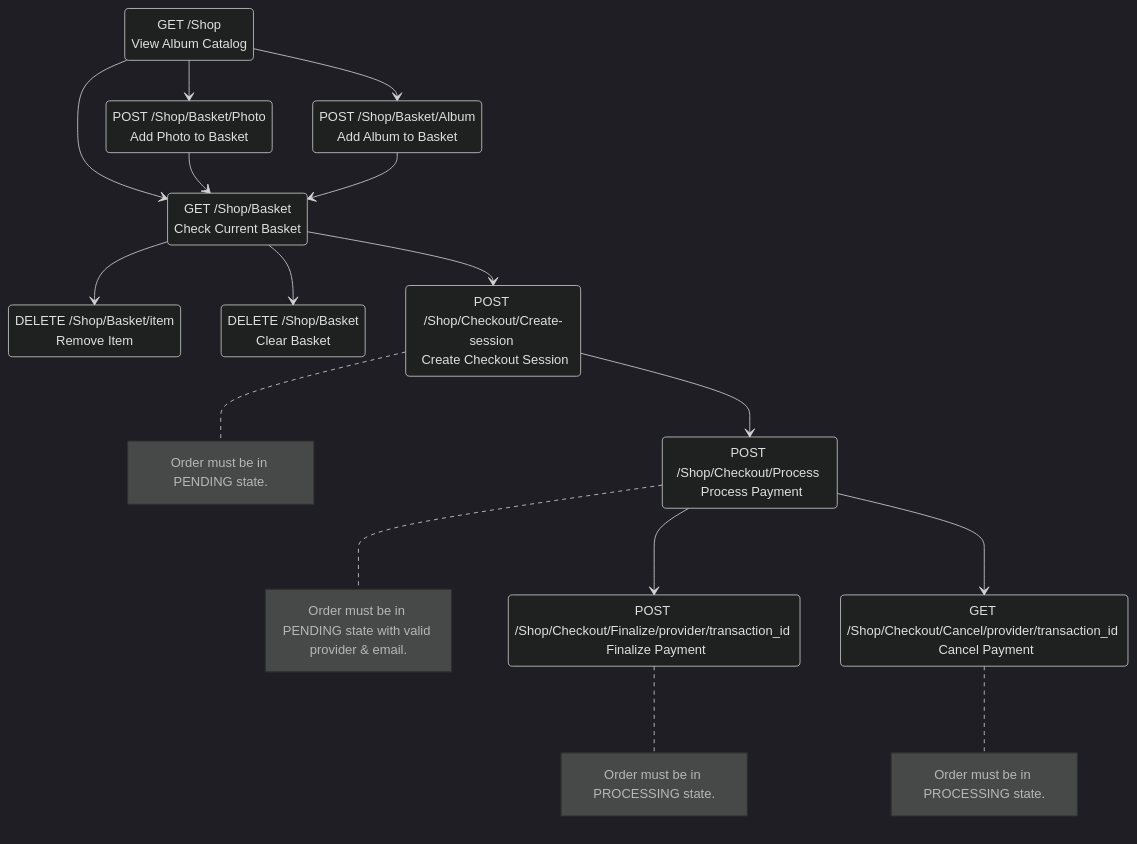
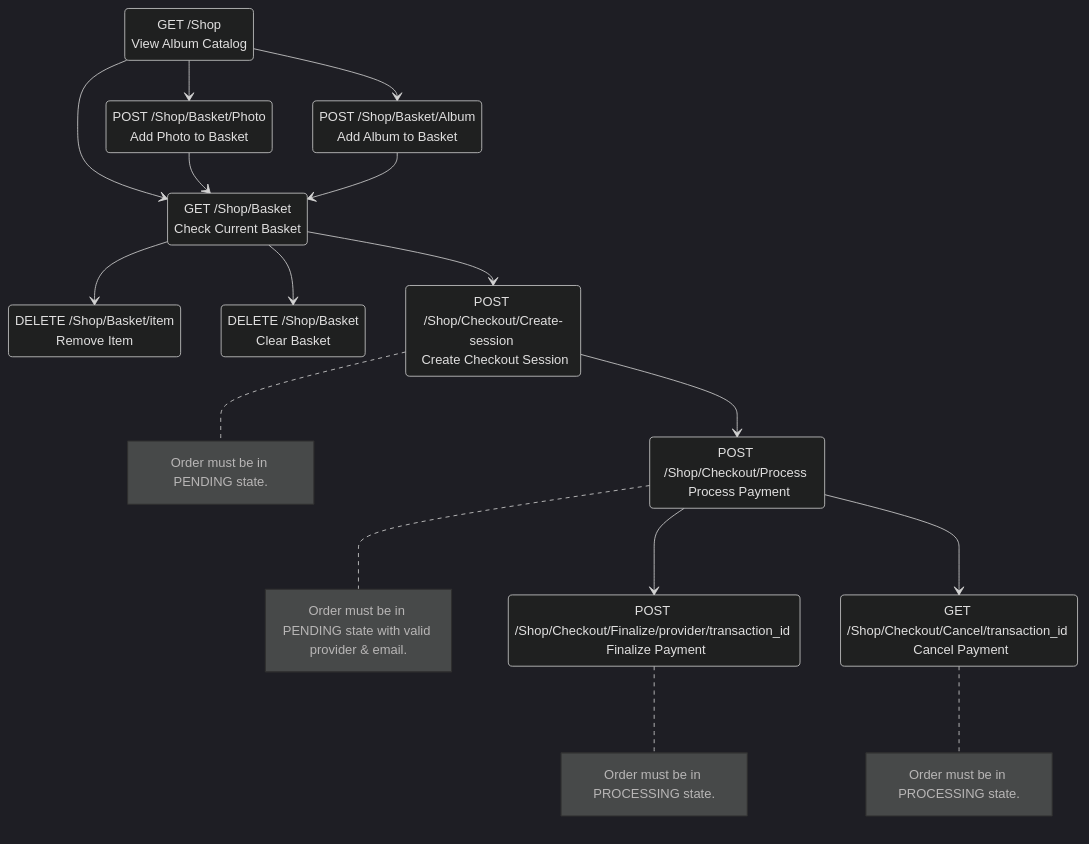
One commit to LycheeOrg/Lychee changed the first of 2 diagrams in docs/backend/Shop-implementation.md. Above: the diagram before and after it, drawn with Mermaid (dark theme). The commit also changed other lines of this file and 66 other files, not shown here.

````diff
--- a/docs/backend/Shop-implementation.md
+++ b/docs/backend/Shop-implementation.md
@@ -281,40 +387,40 @@
 ```mermaid
 stateDiagram
 	a : GET /Shop <br> View Album Catalog
 	b : GET /Shop/Basket <br> Check Current Basket
 	c: POST /Shop/Basket/Photo <br> Add Photo to Basket
 	d: POST /Shop/Basket/Album <br> Add Album to Basket
 	e: DELETE /Shop/Basket/item <br> Remove Item
 	f: DELETE /Shop/Basket <br> Clear Basket
 	g: POST /Shop/Checkout/Create-session <br> Create Checkout Session
 	note right of g
         Order must be in PENDING state.
 	end note
 	h: POST /Shop/Checkout/Process <br> Process Payment
 	note right of h
         Order must be in PENDING state with valid provider & email.
 	end note
 	i: POST /Shop/Checkout/Finalize/provider/transaction_id <br> Finalize Payment
 	note right of i
         Order must be in PROCESSING state.
 	end note
-	j: GET /Shop/Checkout/Cancel/provider/transaction_id <br> Cancel Payment
+	j: GET /Shop/Checkout/Cancel/transaction_id <br> Cancel Payment
 	note right of j
         Order must be in PROCESSING state.
 	end note
 
 	a --> b
 	b --> g
 	g --> h
 	h --> i
 	h --> j
 
 	b --> e
 	b --> f
 
 	a --> c
 	a --> d
 	c --> b
 	d --> b
 
 ```
````
